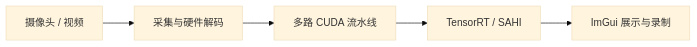
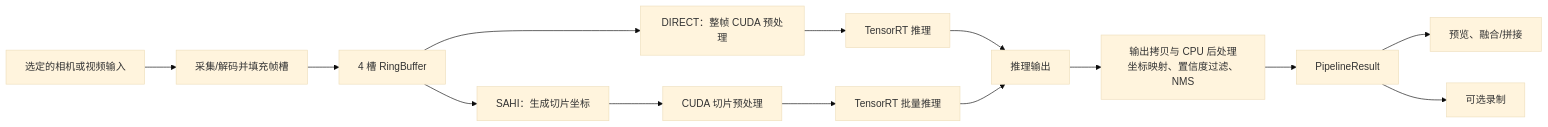
Before and after one commit to zshi20000922-a11y/GPU-Multimedia-Processing-Platform: the second of 2 diagrams in README.md, drawn with Mermaid (base theme). The commit also changed other lines of this file and 2 other files, not shown here.

Commit message:
Add architecture diagrams to README

````diff
--- a/README.md
+++ b/README.md
@@ -20,7 +48,16 @@
 ```mermaid
 flowchart LR
-    IN[摄像头 / 视频] --> CAP[采集与硬件解码]
-    CAP --> PIPE[多路 CUDA 流水线]
-    PIPE --> TRT[TensorRT / SAHI]
-    TRT --> OUT[ImGui 展示与录制]
+    IN[选定的相机或视频输入] --> INGEST[采集/解码并填充帧槽]
+    INGEST --> SLOT[4 槽 RingBuffer]
+    SLOT --> PRE[DIRECT：整帧 CUDA 预处理]
+    PRE --> DIRECT[TensorRT 推理]
+    SLOT --> TILE[SAHI：生成切片坐标]
+    TILE --> PRE_TILE[CUDA 切片预处理]
+    PRE_TILE --> BATCH[TensorRT 批量推理]
+    DIRECT --> OUT[推理输出]
+    BATCH --> OUT
+    OUT --> CPU[输出拷贝与 CPU 后处理<br/>坐标映射、置信度过滤、NMS]
+    CPU --> RESULT[PipelineResult]
+    RESULT --> VIEW[预览、融合/拼接]
+    RESULT --> SAVE[可选录制]
 ```
````
